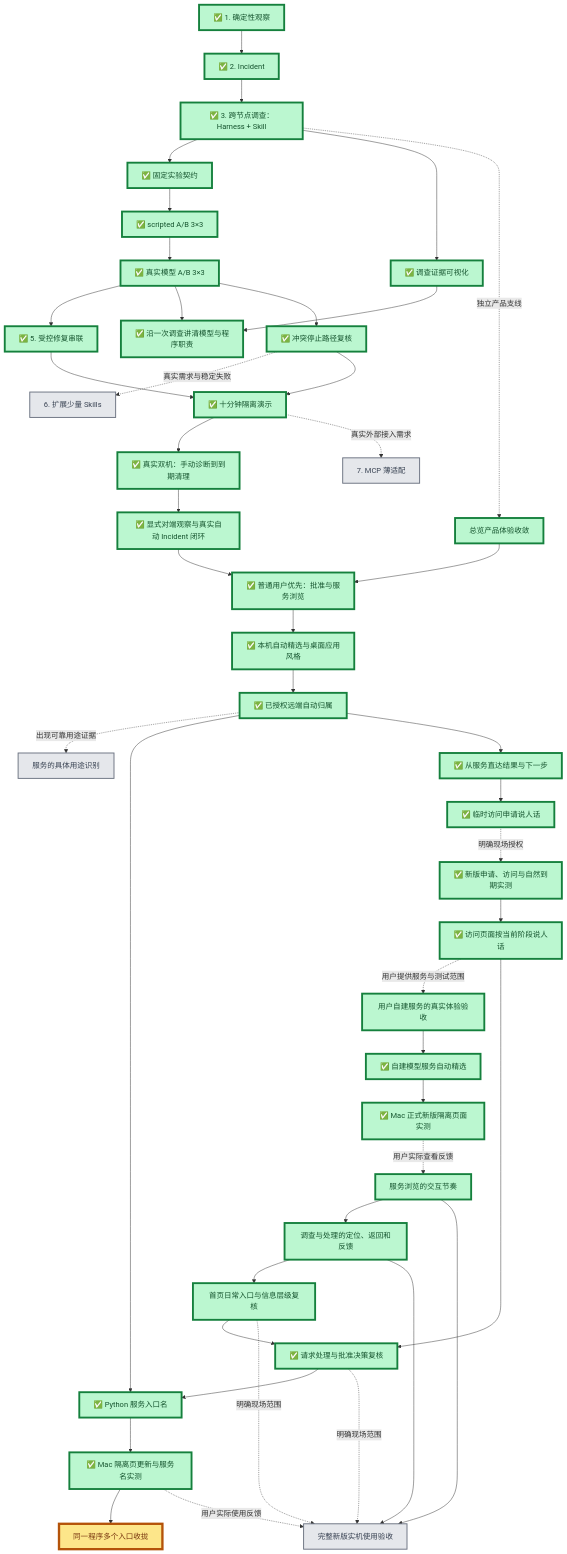
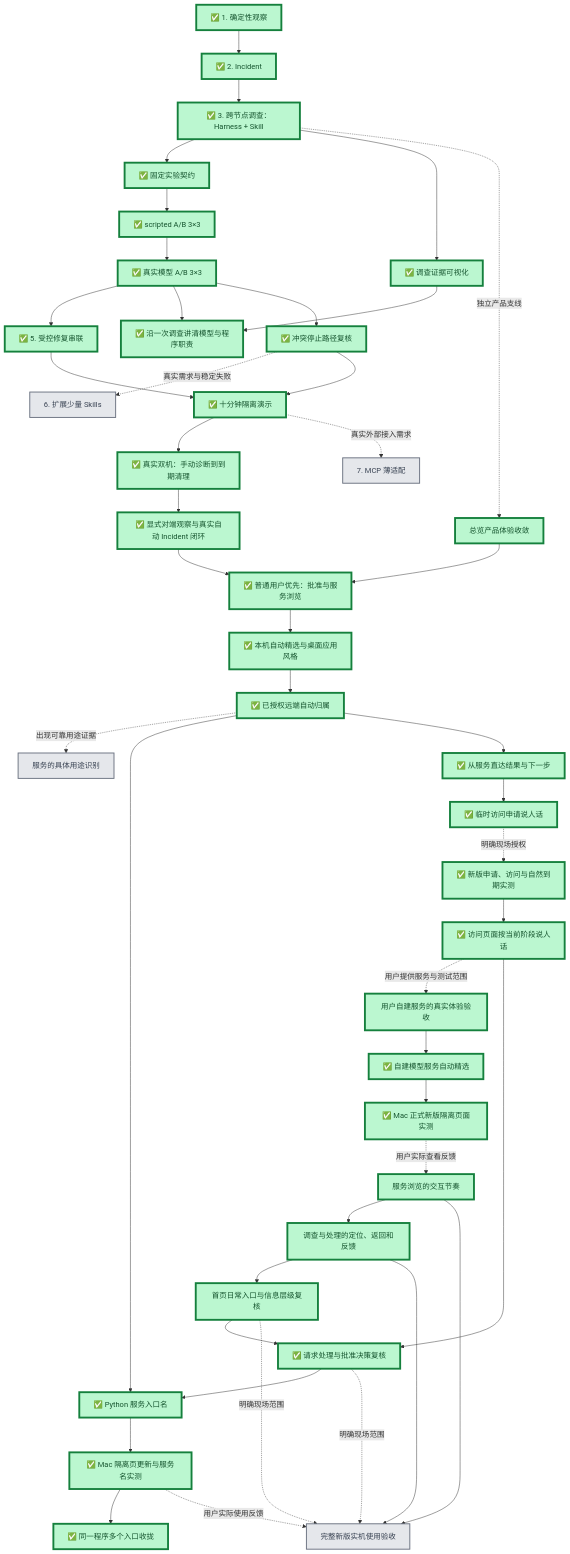
Before and after one commit to Sugarfarmeriod/TunnelMinion: the first of 2 diagrams in docs/project/roadmap.md, drawn with Mermaid. The commit also changed other lines of this file and 1 other file, not shown here.

Commit message:
docs: 同步程序分组验收与合并生效条件

````diff
--- a/docs/project/roadmap.md
+++ b/docs/project/roadmap.md
@@ -8,78 +8,78 @@
 ```mermaid
 flowchart TB
     A["✅ 1. 确定性观察"] --> B["✅ 2. Incident"]
     B --> C["✅ 3. 跨节点调查：Harness + Skill"]
 
     C --> D1["✅ 固定实验契约"]
     D1 --> D2["✅ scripted A/B 3×3"]
     D2 --> D3["✅ 真实模型 A/B 3×3"]
 
     D3 --> E["✅ 5. 受控修复串联"]
     C --> V["✅ 调查证据可视化"]
     V --> W["✅ 沿一次调查讲清模型与程序职责"]
     D3 --> W
     D3 --> F["✅ 冲突停止路径复核"]
     F -.真实需求与稳定失败.-> K["6. 扩展少量 Skills"]
     E --> H["✅ 十分钟隔离演示"]
     F --> H
     H --> R["✅ 真实双机：手动诊断到到期清理"]
     R --> I["✅ 显式对端观察与真实自动 Incident 闭环"]
     H -.真实外部接入需求.-> G["7. MCP 薄适配"]
 
     C -.独立产品支线.-> U["总览产品体验收敛"]
     U --> P["✅ 普通用户优先：批准与服务浏览"]
     I --> P
     P --> Q["✅ 本机自动精选与桌面应用风格"]
     Q --> Q2["✅ 已授权远端自动归属"]
     Q2 -.出现可靠用途证据.-> Q3["服务的具体用途识别"]
     Q2 --> Q16["✅ Python 服务入口名"]
     Q15 --> Q16
     Q16 --> Q17["✅ Mac 隔离页更新与服务名实测"]
-    Q17 --> Q18["同一程序多个入口收拢"]
+    Q17 --> Q18["✅ 同一程序多个入口收拢"]
     Q17 -.用户实际使用反馈.-> Q14
     Q2 --> Q4["✅ 从服务直达结果与下一步"]
     Q4 --> Q5["✅ 临时访问申请说人话"]
     Q5 -.明确现场授权.-> Q6["✅ 新版申请、访问与自然到期实测"]
     Q6 --> Q7["✅ 访问页面按当前阶段说人话"]
     Q7 -.用户提供服务与测试范围.-> Q8["用户自建服务的真实体验验收"]
     Q8 --> Q9["✅ 自建模型服务自动精选"]
     Q9 --> Q10["✅ Mac 正式新版隔离页面实测"]
     Q10 -.用户实际查看反馈.-> Q11["服务浏览的交互节奏"]
     Q11 --> Q12["调查与处理的定位、返回和反馈"]
     Q12 --> Q13["首页日常入口与信息层级复核"]
     Q13 --> Q15["✅ 请求处理与批准决策复核"]
     Q7 --> Q15
     Q11 --> Q14["完整新版实机使用验收"]
     Q12 --> Q14
     Q13 -.明确现场范围.-> Q14
     Q15 -.明确现场范围.-> Q14
 
     classDef done fill:#bbf7d0,stroke:#15803d,stroke-width:4px,color:#14532d;
     classDef current fill:#fde68a,stroke:#b45309,stroke-width:5px,color:#78350f;
     classDef next fill:#bfdbfe,stroke:#1d4ed8,stroke-width:3px,color:#1e3a8a;
     classDef later fill:#e5e7eb,stroke:#6b7280,stroke-width:2px,color:#374151;
     class A,B,C,D1,D2,D3,E,F,H,R,V done;
     class U done;
     class W done;
     class I done;
     class G,K later;
     class P done;
     class Q done;
     class Q2 done;
     class Q3 later;
     class Q4 done;
     class Q5 done;
     class Q6 done;
     class Q7 done;
     class Q8 done;
     class Q9 done;
     class Q10 done;
     class Q11 done;
     class Q12 done;
     class Q13 done;
     class Q14 later;
     class Q15 done;
     class Q16 done;
     class Q17 done;
-    class Q18 current;
+    class Q18 done;
 ```
````
